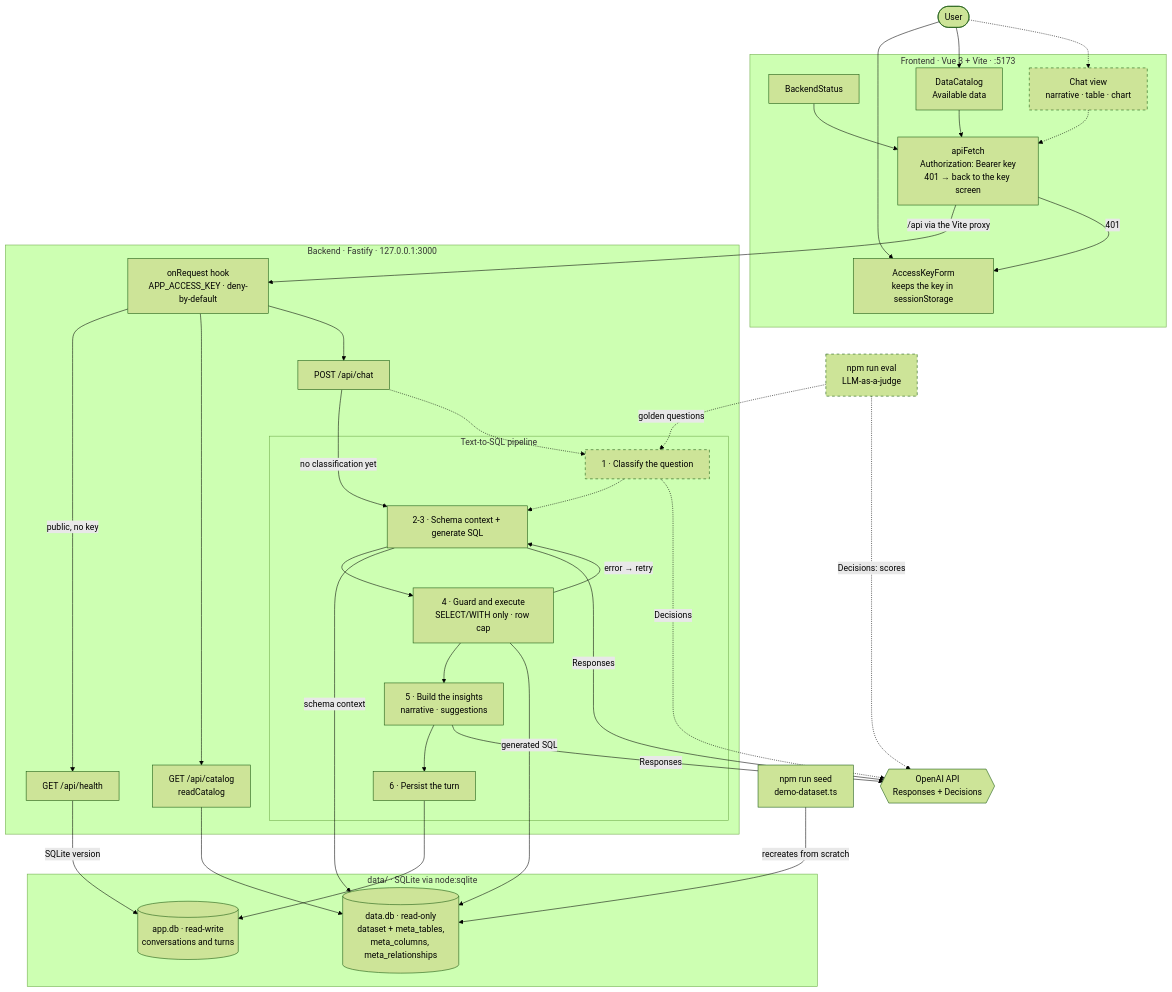
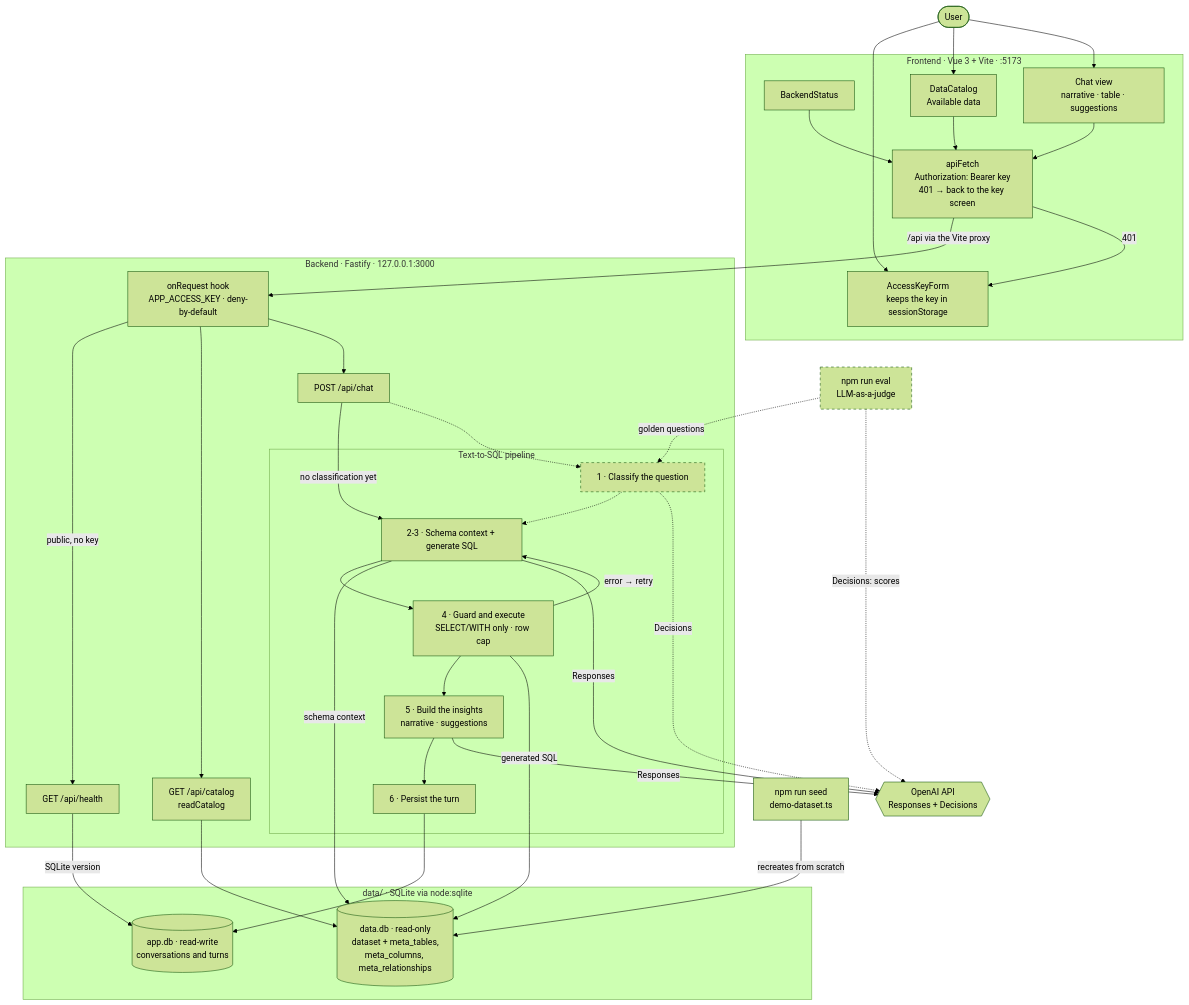
One commit to emiber/UTDT changed the diagram in docs/ARCHITECTURE_DIAGRAM.md. Above: the diagram before and after it, drawn with Mermaid (forest theme). The commit also changed 2 other files, not shown here.

Commit message:
docs: la UI de chat, micromark y el diagrama al día
Refs #13

````diff
--- a/docs/ARCHITECTURE_DIAGRAM.md
+++ b/docs/ARCHITECTURE_DIAGRAM.md
@@ -8,66 +8,66 @@
 ```mermaid
 flowchart TB
   user(["User"])
 
   subgraph FE["Frontend · Vue 3 + Vite · :5173"]
     keyForm["AccessKeyForm<br/>keeps the key in sessionStorage"]
     backendStatus["BackendStatus"]
     dataCatalog["DataCatalog<br/>Available data"]
-    chatUi["Chat view<br/>narrative · table · chart"]
+    chatUi["Chat view<br/>narrative · table · suggestions"]
     apiFetch["apiFetch<br/>Authorization: Bearer key<br/>401 → back to the key screen"]
   end
 
   subgraph BE["Backend · Fastify · 127.0.0.1:3000"]
     authHook["onRequest hook<br/>APP_ACCESS_KEY · deny-by-default"]
     health["GET /api/health"]
     catalogRoute["GET /api/catalog<br/>readCatalog"]
     chatRoute["POST /api/chat"]
     subgraph PIPE["Text-to-SQL pipeline"]
       classify["1 · Classify the question"]
       genSql["2-3 · Schema context + generate SQL"]
       guard["4 · Guard and execute<br/>SELECT/WITH only · row cap"]
       insights["5 · Build the insights<br/>narrative · suggestions"]
       persist["6 · Persist the turn"]
     end
   end
 
   subgraph DATA["data/ · SQLite via node:sqlite"]
     dataDb[("data.db · read-only<br/>dataset + meta_tables,<br/>meta_columns, meta_relationships")]
     appDb[("app.db · read-write<br/>conversations and turns")]
   end
 
   openai{{"OpenAI API<br/>Responses + Decisions"}}
   seed["npm run seed<br/>demo-dataset.ts"]
   evalCmd["npm run eval<br/>LLM-as-a-judge"]
 
   user --> keyForm
   user --> dataCatalog
-  user -.-> chatUi
+  user --> chatUi
   backendStatus & dataCatalog --> apiFetch
-  chatUi -.-> apiFetch
+  chatUi --> apiFetch
   apiFetch -->|"/api via the Vite proxy"| authHook
   apiFetch -->|"401"| keyForm
   authHook -->|"public, no key"| health
   authHook --> catalogRoute
   authHook --> chatRoute
   health -->|"SQLite version"| appDb
   catalogRoute --> dataDb
   seed -->|"recreates from scratch"| dataDb
 
   chatRoute -->|"no classification yet"| genSql
   chatRoute -.-> classify -.-> genSql
   genSql --> guard
   guard --> insights --> persist
   guard -->|"error → retry"| genSql
   guard -->|"generated SQL"| dataDb
   genSql -->|"schema context"| dataDb
   persist --> appDb
   classify -.->|"Decisions"| openai
   genSql -->|"Responses"| openai
   insights -->|"Responses"| openai
   evalCmd -.->|"golden questions"| classify
   evalCmd -.->|"Decisions: scores"| openai
 
   classDef planned stroke-dasharray: 5 5
-  class chatUi,classify,evalCmd planned
+  class classify,evalCmd planned
 ```
````
